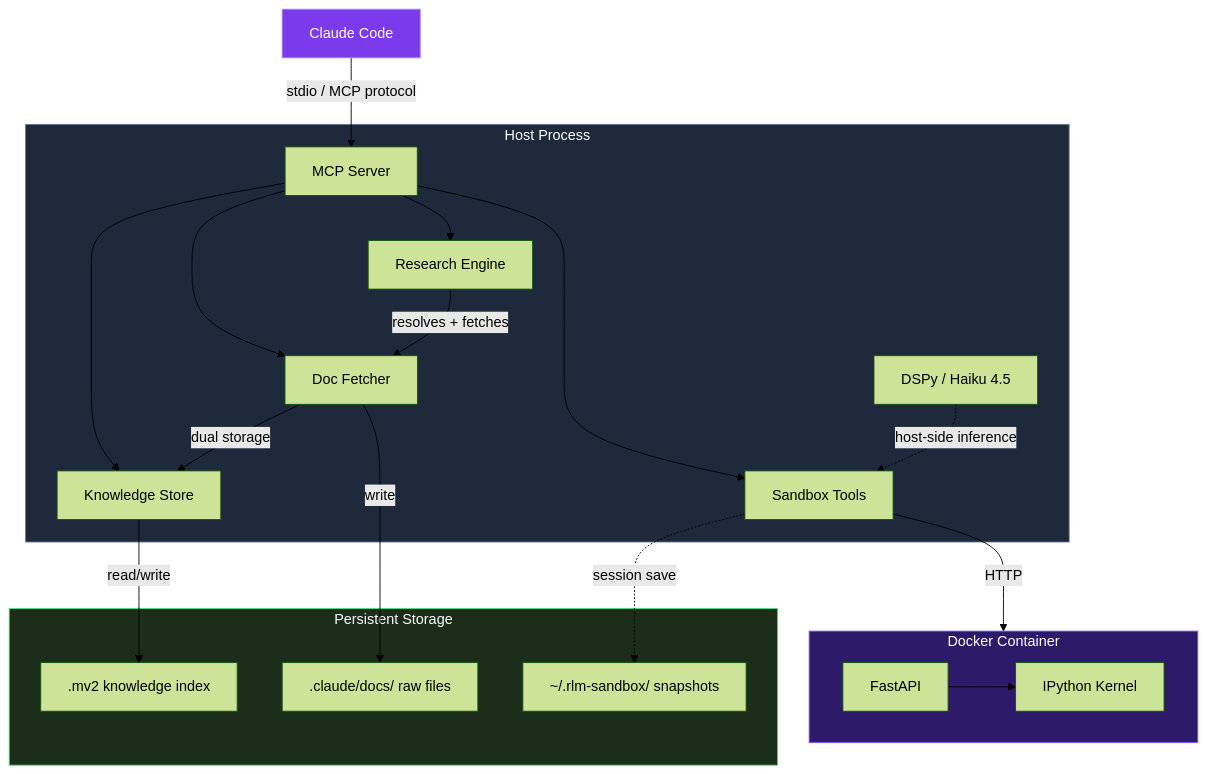
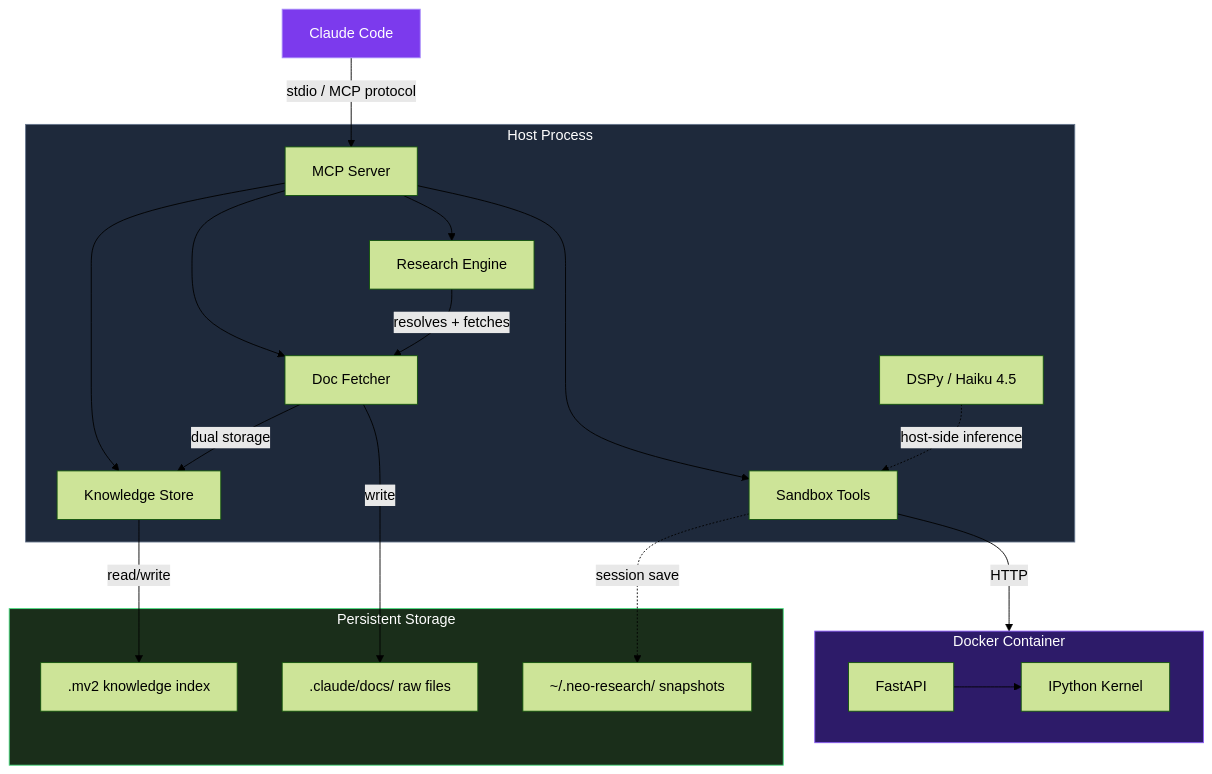
Before and after one commit to shihwesley/neo-research: the first of 2 diagrams in README.md, drawn with Mermaid (forest theme). The commit also changed other lines of this file and 48 other files, not shown here.

First line of the commit message:
Rename project from rlm-sandbox to neo-research

````diff
--- a/README.md
+++ b/README.md
@@ -202,38 +202,38 @@
 ```mermaid
 graph TB
     CC[Claude Code] -->|stdio / MCP protocol| MCP
 
     subgraph HOST["Host Process"]
         MCP[MCP Server]
         MCP --> TOOLS[Sandbox Tools]
         MCP --> KS[Knowledge Store]
         MCP --> FETCH[Doc Fetcher]
         MCP --> RES[Research Engine]
 
         DSPY[DSPy / Haiku 4.5] -.->|host-side inference| TOOLS
         FETCH -->|dual storage| KS
         RES -->|resolves + fetches| FETCH
     end
 
     TOOLS -->|HTTP| DOCKER
 
     subgraph DOCKER["Docker Container"]
         API[FastAPI]
         API --> IPY[IPython Kernel]
     end
 
     subgraph STORAGE["Persistent Storage"]
         MV2[".mv2 knowledge index"]
         RAW[".claude/docs/ raw files"]
-        SNAP["~/.rlm-sandbox/ snapshots"]
+        SNAP["~/.neo-research/ snapshots"]
     end
 
     KS -->|read/write| MV2
     FETCH -->|write| RAW
     TOOLS -.->|session save| SNAP
 
     style DOCKER fill:#2d1b69,stroke:#8b5cf6,color:#fff
     style HOST fill:#1e293b,stroke:#64748b,color:#fff
     style STORAGE fill:#1a2e1a,stroke:#4ade80,color:#fff
     style CC fill:#7c3aed,stroke:#a78bfa,color:#fff
 ```
````
